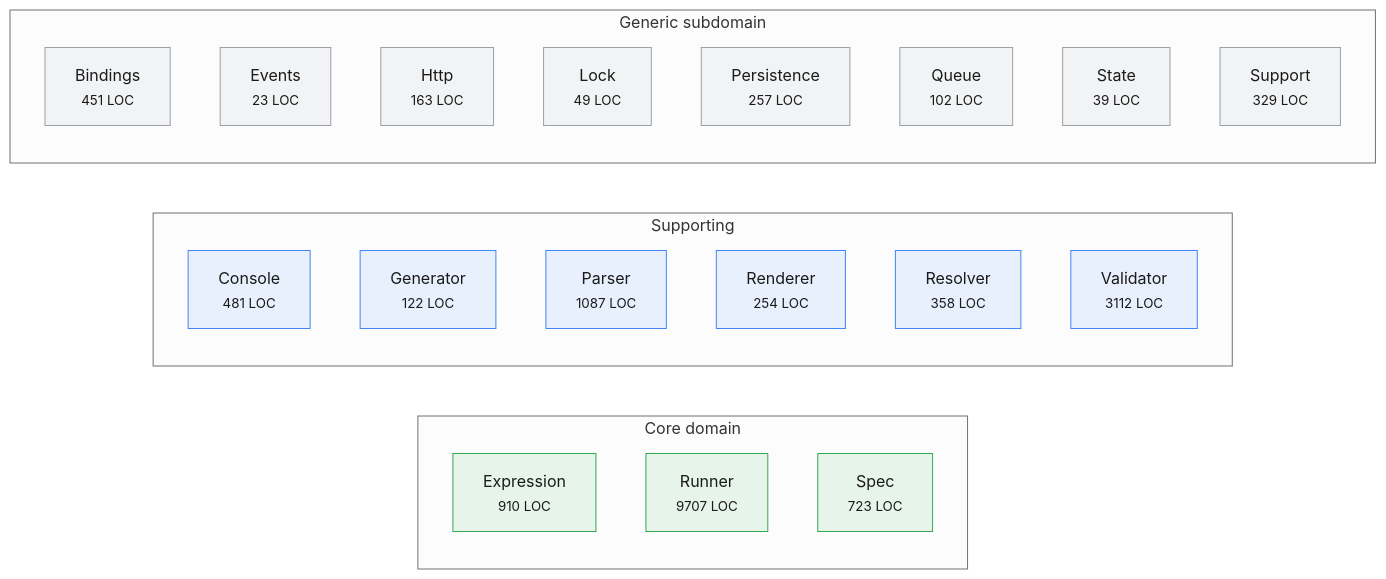
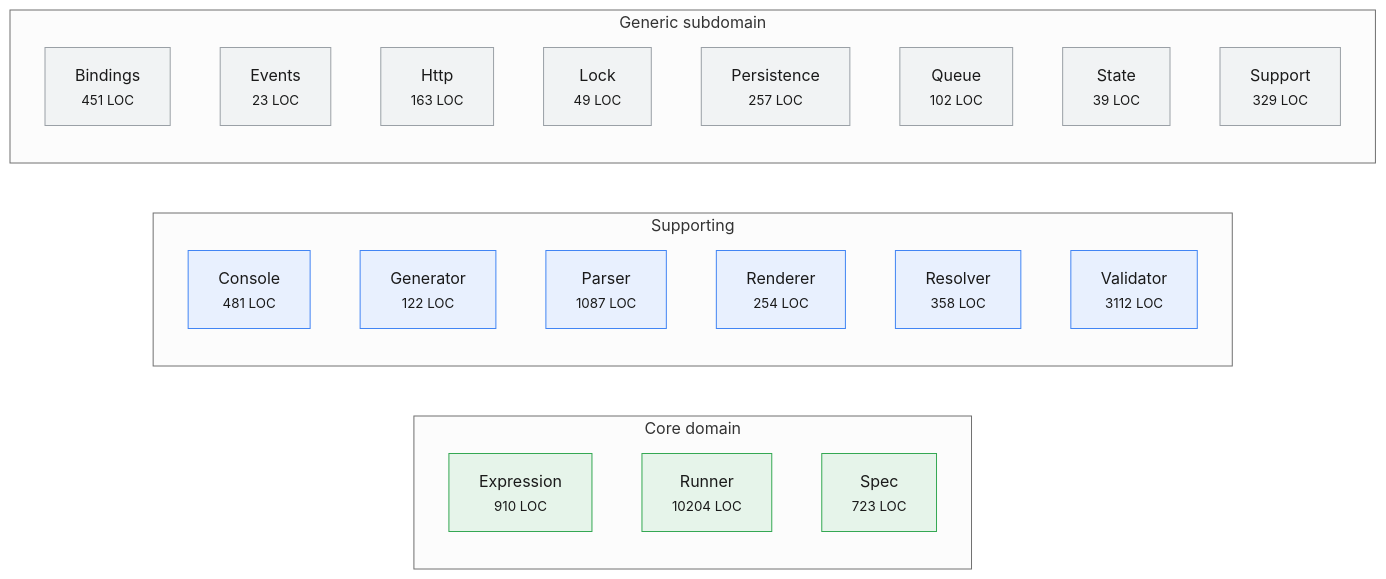
One commit to Mohammed-Alama/php-arazzo changed the diagram in docs/generated/subdomain-map.md. Above: the diagram before and after it, drawn with Mermaid (neutral theme). The commit also changed other lines of this file and 31 other files, not shown here.

````diff
--- a/docs/generated/subdomain-map.md
+++ b/docs/generated/subdomain-map.md
@@ -15,30 +15,30 @@
 ```mermaid
 flowchart LR
     subgraph S_core["Core domain"]
         S_Expression["Expression<br/><small>910 LOC</small>"]:::coreDomain
-        S_Runner["Runner<br/><small>9707 LOC</small>"]:::coreDomain
+        S_Runner["Runner<br/><small>10204 LOC</small>"]:::coreDomain
         S_Spec["Spec<br/><small>723 LOC</small>"]:::coreDomain
     end
     subgraph S_supporting["Supporting"]
         S_Console["Console<br/><small>481 LOC</small>"]:::supportingDomain
         S_Generator["Generator<br/><small>122 LOC</small>"]:::supportingDomain
         S_Parser["Parser<br/><small>1087 LOC</small>"]:::supportingDomain
         S_Renderer["Renderer<br/><small>254 LOC</small>"]:::supportingDomain
         S_Resolver["Resolver<br/><small>358 LOC</small>"]:::supportingDomain
         S_Validator["Validator<br/><small>3112 LOC</small>"]:::supportingDomain
     end
     subgraph S_generic["Generic subdomain"]
         S_Bindings["Bindings<br/><small>451 LOC</small>"]:::genericDomain
         S_Events["Events<br/><small>23 LOC</small>"]:::genericDomain
         S_Http["Http<br/><small>163 LOC</small>"]:::genericDomain
         S_Lock["Lock<br/><small>49 LOC</small>"]:::genericDomain
         S_Persistence["Persistence<br/><small>257 LOC</small>"]:::genericDomain
         S_Queue["Queue<br/><small>102 LOC</small>"]:::genericDomain
         S_State["State<br/><small>39 LOC</small>"]:::genericDomain
         S_Support["Support<br/><small>329 LOC</small>"]:::genericDomain
     end
     classDef coreDomain fill:#e6f4ea,stroke:#34a853,color:#1a1a1a;
     classDef supportingDomain fill:#e8f0fe,stroke:#4285f4,color:#1a1a1a;
     classDef genericDomain fill:#f1f3f4,stroke:#9aa0a6,color:#1a1a1a;
     classDef unknownDomain fill:#fce8e6,stroke:#ea4335,color:#1a1a1a;
 ```
````
